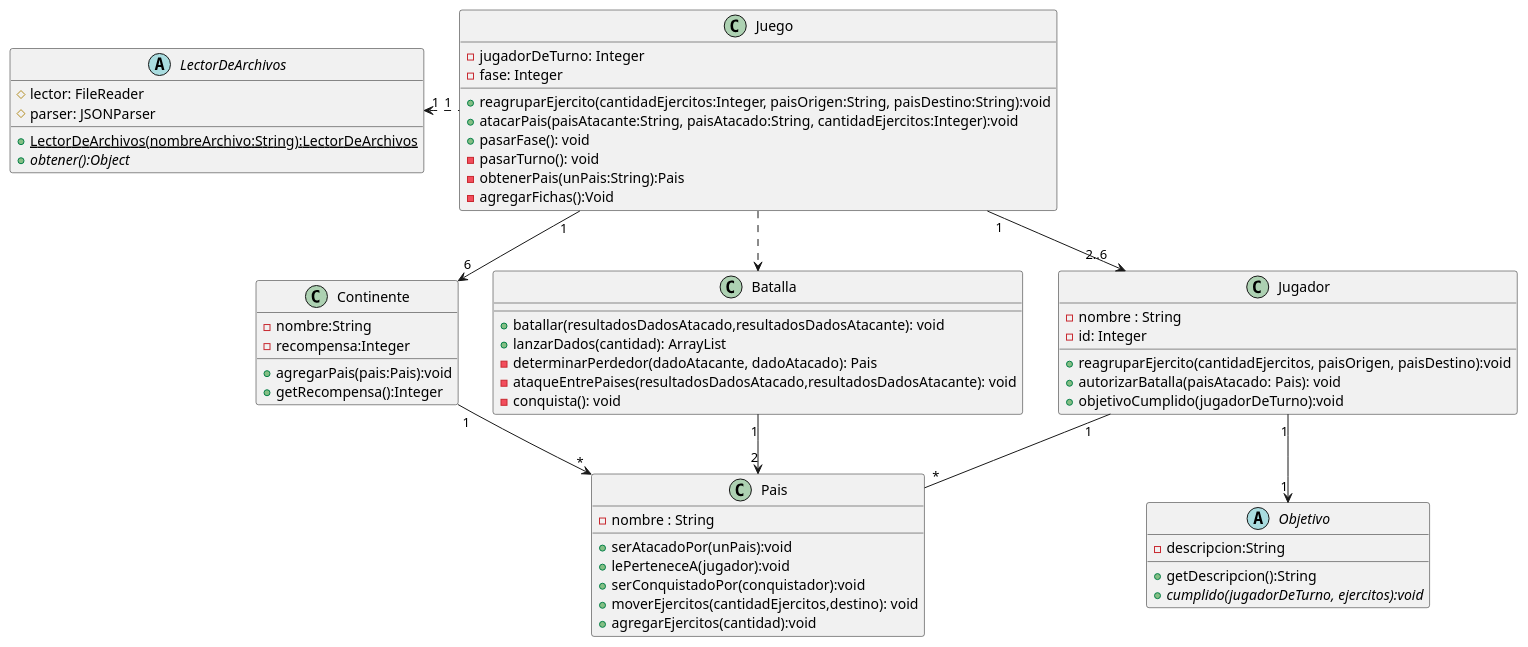
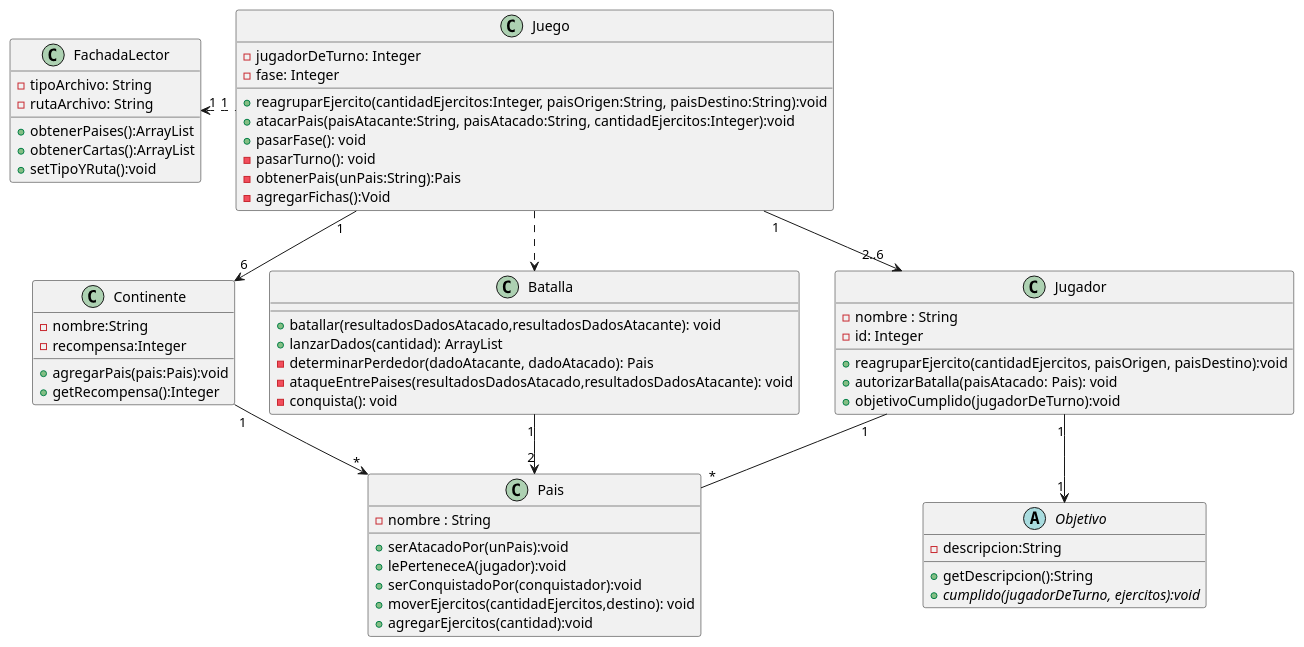
Before and after one commit to nauee/Algo3-TP2: the diagram in docs/diagramasUML/diagramaDeClase.puml, drawn with PlantUML. The commit also changed 9 other files, not shown here.

```diff
--- a/docs/diagramasUML/diagramaDeClase.puml
+++ b/docs/diagramasUML/diagramaDeClase.puml
@@ -1,74 +1,75 @@
 @startuml diagramaDeClase
 
 class Juego{
     -jugadorDeTurno: Integer
     -fase: Integer
 
     +reagruparEjercito(cantidadEjercitos:Integer, paisOrigen:String, paisDestino:String):void
     +atacarPais(paisAtacante:String, paisAtacado:String, cantidadEjercitos:Integer):void
     +pasarFase(): void
     -pasarTurno(): void
     -obtenerPais(unPais:String):Pais
     -agregarFichas():Void
 }
 
 class Batalla{
 
     +batallar(resultadosDadosAtacado,resultadosDadosAtacante): void
     +lanzarDados(cantidad): ArrayList
     -determinarPerdedor(dadoAtacante, dadoAtacado): Pais
     -ataqueEntrePaises(resultadosDadosAtacado,resultadosDadosAtacante): void
     -conquista(): void
 }
 
 class Pais{
     -nombre : String
 
     +serAtacadoPor(unPais):void
     +lePerteneceA(jugador):void
     +serConquistadoPor(conquistador):void
     +moverEjercitos(cantidadEjercitos,destino): void
     +agregarEjercitos(cantidad):void
 }
 
 abstract class Objetivo{
     -descripcion:String
 
     +getDescripcion():String
     +{abstract}cumplido(jugadorDeTurno, ejercitos):void
 }
 
 class Jugador{
     -nombre : String
     -id: Integer
 
     +reagruparEjercito(cantidadEjercitos, paisOrigen, paisDestino):void
     +autorizarBatalla(paisAtacado: Pais): void
     +objetivoCumplido(jugadorDeTurno):void
 }
 
-abstract class LectorDeArchivos{
-    #lector: FileReader
-    #parser: JSONParser
+class FachadaLector{
+    -tipoArchivo: String
+    -rutaArchivo: String
 
-    +{static}LectorDeArchivos(nombreArchivo:String):LectorDeArchivos
-    +{abstract}obtener():Object
+    +obtenerPaises():ArrayList
+    +obtenerCartas():ArrayList
+    +setTipoYRuta():void
 }
 
 class Continente{
     -nombre:String
     -recompensa:Integer
 
     +agregarPais(pais:Pais):void
     +getRecompensa():Integer
 }
 
 Juego "1"-down->"2..6" Jugador
 Jugador "1"-down-"*" Pais
 Jugador "1"-down->"1" Objetivo
 Juego ..> Batalla
 Batalla "1"-->"2" Pais
-Juego "1".left.>"1" LectorDeArchivos
+Juego "1".left.>"1" FachadaLector
 Juego "1"-right->"6" Continente
 Continente "1"-->"*"Pais
 @enduml
```
